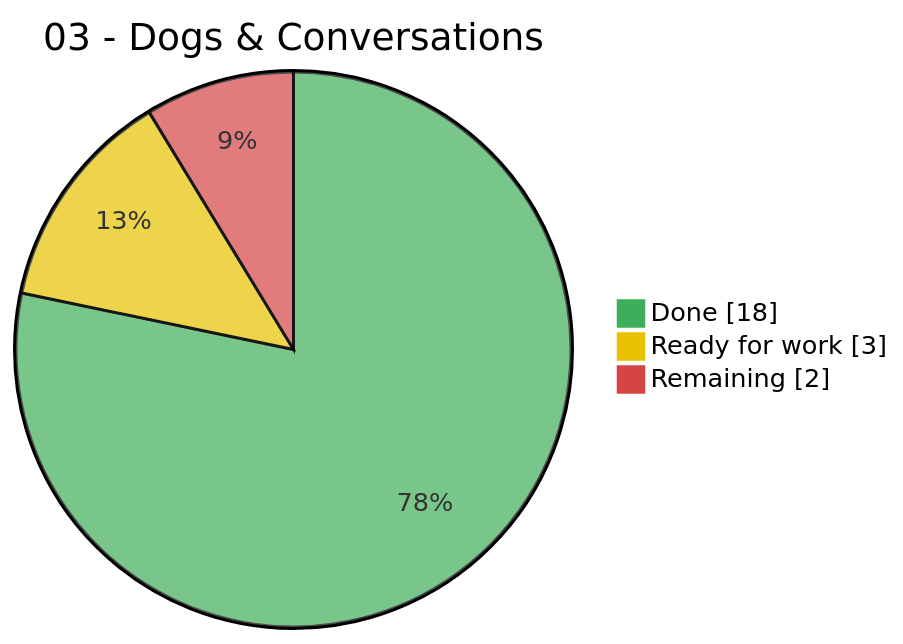
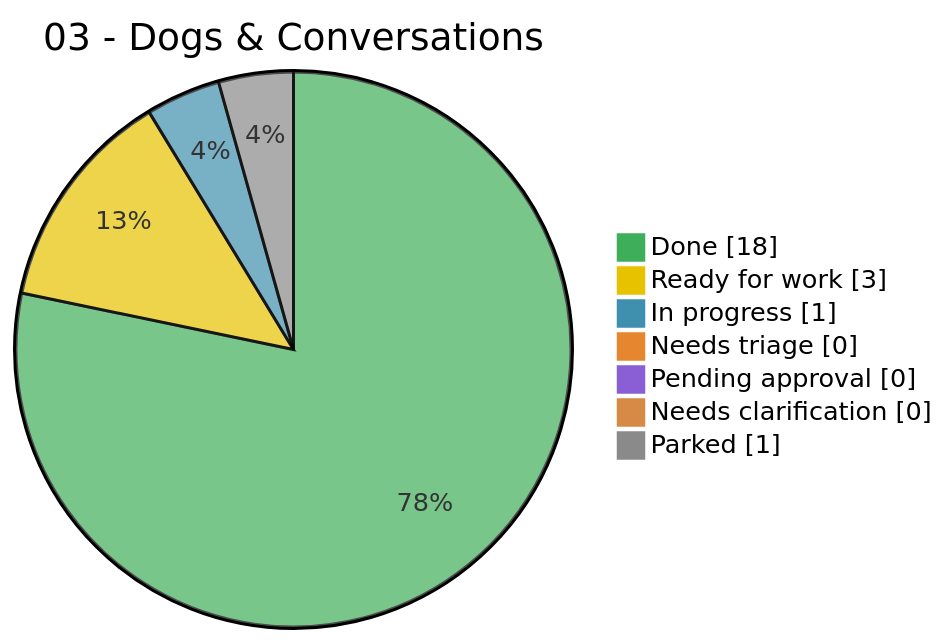
One commit to derekwinters/lucas-doggiehood changed the first of 2 diagrams in .claude/skills/pipeline-dashboard/tests/expected_dashboard.md. Above: the diagram before and after it, drawn with Mermaid. The commit also changed 5 other files, not shown here.

````diff
--- a/.claude/skills/pipeline-dashboard/tests/expected_dashboard.md
+++ b/.claude/skills/pipeline-dashboard/tests/expected_dashboard.md
@@ -11,7 +11,11 @@
 ```mermaid
-%%{init: {"themeVariables": {"pie1": "#3fae5a", "pie2": "#e6c200", "pie3": "#d64545"}}}%%
+%%{init: {"themeVariables": {"pie1": "#3fae5a", "pie2": "#e6c200", "pie3": "#3f8fae", "pie4": "#e6862e", "pie5": "#8a5fd6", "pie6": "#d68a45", "pie7": "#8a8a8a"}}}%%
 pie showData title 03 - Dogs & Conversations
     "Done" : 18
     "Ready for work" : 3
-    "Remaining" : 2
+    "In progress" : 1
+    "Needs triage" : 0
+    "Pending approval" : 0
+    "Needs clarification" : 0
+    "Parked" : 1
 ```
````
